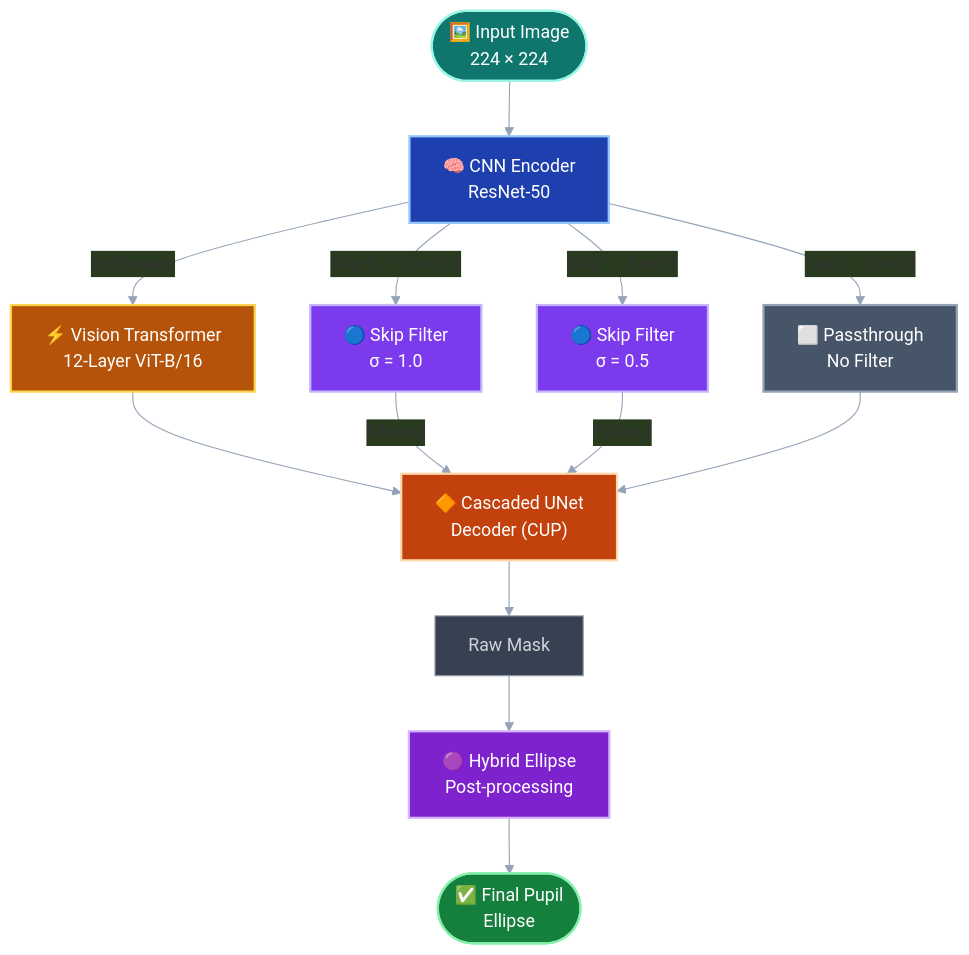
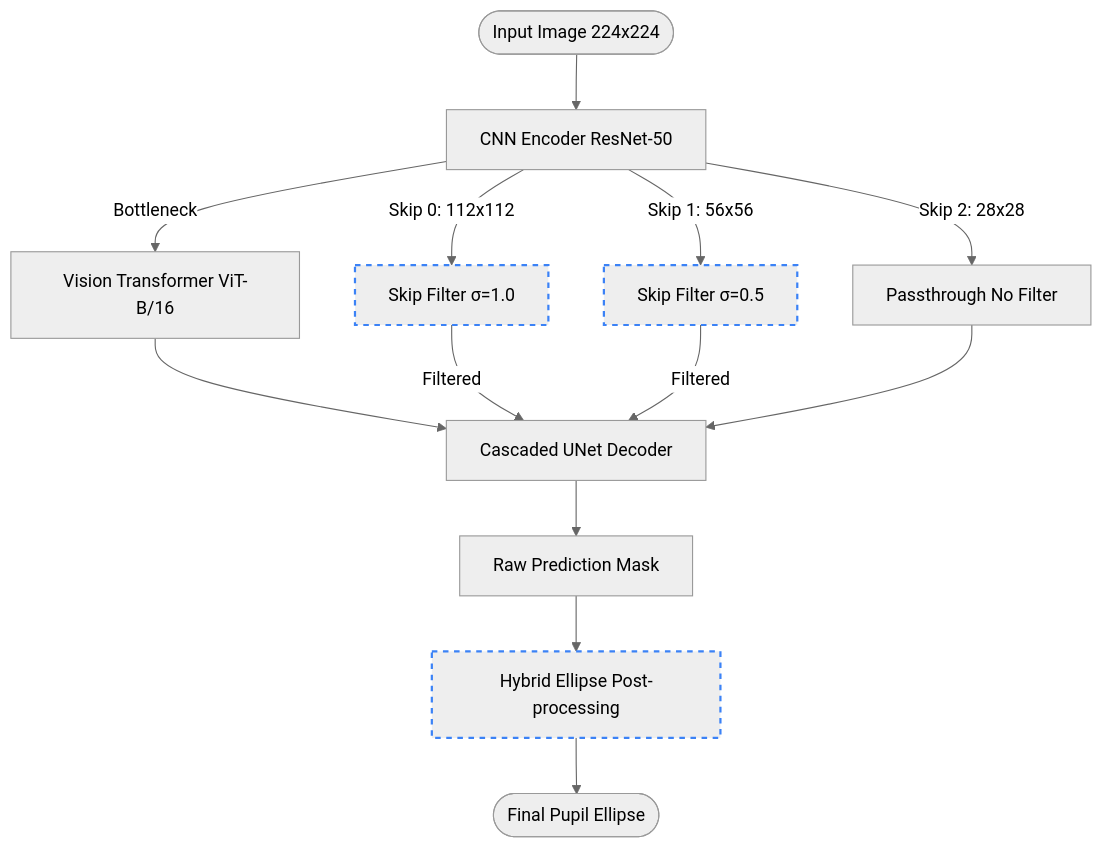
One commit to dutlsl/transUnet changed the diagram in README.md. Above: the diagram before and after it, drawn with Mermaid.

Commit message:
docs: refine mermaid diagram for a professional look

````diff
--- a/README.md
+++ b/README.md
@@ -36,30 +36,22 @@
 ```mermaid
-%%{init: {"theme": "base", "themeVariables": {"primaryColor": "#1e293b", "lineColor": "#94a3b8"}}}%%
+%%{init: {'theme': 'neutral'}}%%
 flowchart TD
-    Input(["🖼️ Input Image\n224 × 224"]):::input --> Encoder["🧠 CNN Encoder\nResNet-50"]:::encoder
+    Input([Input Image 224x224]) --> Encoder[CNN Encoder ResNet-50]
 
-    Encoder -->|"Skip 0 · 112×112"| SF0["🔵 Skip Filter\nσ = 1.0"]:::skipfilter
-    Encoder -->|"Skip 1 · 56×56"| SF1["🔵 Skip Filter\nσ = 0.5"]:::skipfilter
-    Encoder -->|"Skip 2 · 28×28"| Pass["⬜ Passthrough\nNo Filter"]:::passthrough
+    Encoder -->|"Skip 0: 112x112"| SF0[Skip Filter σ=1.0]:::highlight
+    Encoder -->|"Skip 1: 56x56"| SF1[Skip Filter σ=0.5]:::highlight
+    Encoder -->|"Skip 2: 28x28"| Pass[Passthrough No Filter]
 
-    Encoder -->|"Bottleneck"| ViT["⚡ Vision Transformer\n12-Layer ViT-B/16"]:::vit
-    ViT --> Decoder["🔶 Cascaded UNet\nDecoder (CUP)"]:::decoder
+    Encoder -->|"Bottleneck"| ViT[Vision Transformer ViT-B/16]
+    ViT --> Decoder[Cascaded UNet Decoder]
 
     SF0 -->|"Filtered"| Decoder
     SF1 -->|"Filtered"| Decoder
     Pass --> Decoder
 
-    Decoder --> Pred["Raw Mask"]:::pred
-    Pred --> Post["🟣 Hybrid Ellipse\nPost-processing"]:::postprocess
-    Post --> Final(["✅ Final Pupil\nEllipse"]):::final
+    Decoder --> Pred[Raw Prediction Mask]
+    Pred --> Post[Hybrid Ellipse Post-processing]:::highlight
+    Post --> Final([Final Pupil Ellipse])
 
-    classDef input fill:#0f766e,stroke:#99f6e4,stroke-width:2px,color:#fff
-    classDef encoder fill:#1e40af,stroke:#93c5fd,stroke-width:2px,color:#fff
-    classDef skipfilter fill:#7c3aed,stroke:#c4b5fd,stroke-width:2px,color:#fff
-    classDef passthrough fill:#475569,stroke:#94a3b8,stroke-width:2px,color:#fff
-    classDef vit fill:#b45309,stroke:#fcd34d,stroke-width:2px,color:#fff
-    classDef decoder fill:#c2410c,stroke:#fed7aa,stroke-width:2px,color:#fff
-    classDef pred fill:#374151,stroke:#9ca3af,stroke-width:1px,color:#d1d5db
-    classDef postprocess fill:#7e22ce,stroke:#d8b4fe,stroke-width:2px,color:#fff
-    classDef final fill:#15803d,stroke:#86efac,stroke-width:2px,color:#fff
+    classDef highlight stroke:#3b82f6,stroke-width:2px,stroke-dasharray: 5 5
 ```
````
